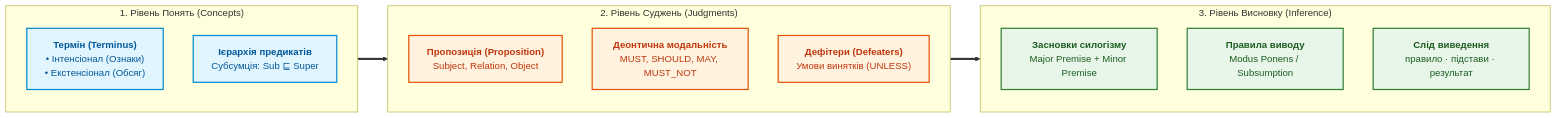
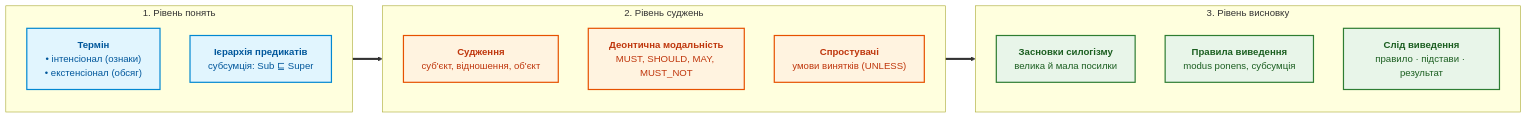
One commit to nick-fedchik/articles changed the second of 5 diagrams in ExpertSystem/ch31-syllogistic-reasoning-and-relation-lattices.md. Above: the diagram before and after it, drawn with Mermaid. The commit also changed other lines of this file and 43 other files, not shown here.

````diff
--- a/ExpertSystem/ch31-syllogistic-reasoning-and-relation-lattices.md
+++ b/ExpertSystem/ch31-syllogistic-reasoning-and-relation-lattices.md
@@ -86,35 +86,35 @@
 ```mermaid
 flowchart LR
     accTitle: Тріада мислення: Поняття, Судження, Висновок
     accDescr: Структурний перехід від сутностей та предикатів до доведених силогізмів.
 
-    subgraph Level1["1. Рівень Понять (Concepts)"]
+    subgraph Level1["1. Рівень понять"]
         direction TB
-        TERM["<b>Термін (Terminus)</b><br/>• Інтенсіонал (Ознаки)<br/>• Екстенсіонал (Обсяг)"]
-        LATTICE["<b>Ієрархія предикатів</b><br/>Субсумція: Sub ⊑ Super"]
+        TERM["<b>Термін</b><br/>• інтенсіонал (ознаки)<br/>• екстенсіонал (обсяг)"]
+        LATTICE["<b>Ієрархія предикатів</b><br/>субсумція: Sub ⊑ Super"]
     end
 
-    subgraph Level2["2. Рівень Суджень (Judgments)"]
+    subgraph Level2["2. Рівень суджень"]
         direction TB
-        PROP["<b>Пропозиція (Proposition)</b><br/>Subject, Relation, Object"]
+        PROP["<b>Судження</b><br/>суб'єкт, відношення, об'єкт"]
         MODAL["<b>Деонтична модальність</b><br/>MUST, SHOULD, MAY, MUST_NOT"]
-        DEFEAT["<b>Дефітери (Defeaters)</b><br/>Умови винятків (UNLESS)"]
+        DEFEAT["<b>Спростувачі</b><br/>умови винятків (UNLESS)"]
     end
 
-    subgraph Level3["3. Рівень Висновку (Inference)"]
+    subgraph Level3["3. Рівень висновку"]
         direction TB
-        PREM["<b>Засновки силогізму</b><br/>Major Premise + Minor Premise"]
-        RULES["<b>Правила виводу</b><br/>Modus Ponens / Subsumption"]
+        PREM["<b>Засновки силогізму</b><br/>велика й мала посилки"]
+        RULES["<b>Правила виведення</b><br/>modus ponens, субсумція"]
         DAG["<b>Слід виведення</b><br/>правило · підстави · результат"]
     end
 
     Level1 ==> Level2 ==> Level3
 
     classDef c1 fill:#e1f5fe,stroke:#0288d1,stroke-width:2px,color:#01579b;
     classDef c2 fill:#fff3e0,stroke:#e65100,stroke-width:2px,color:#bf360c;
     classDef c3 fill:#e8f5e9,stroke:#2e7d32,stroke-width:2px,color:#1b5e20;
 
     class TERM,LATTICE c1;
     class PROP,MODAL,DEFEAT c2;
     class PREM,RULES,DAG c3;
 ```
````
